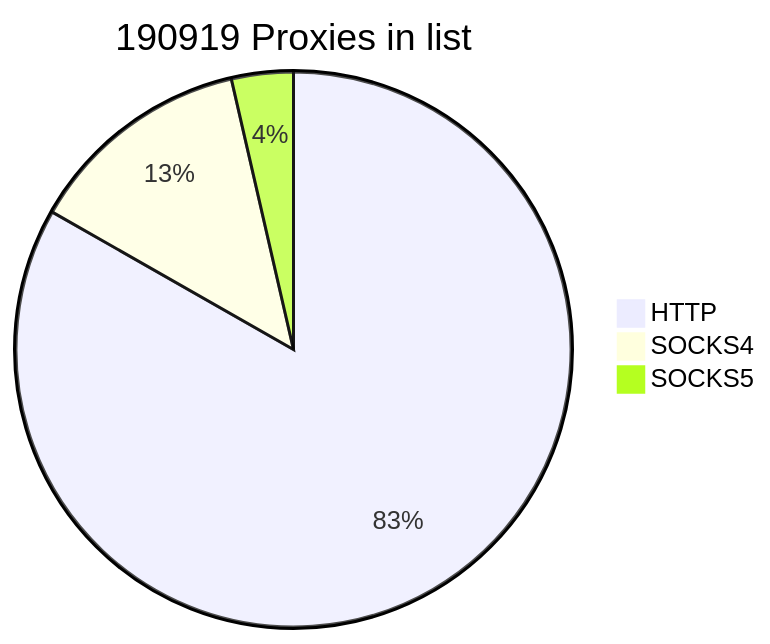
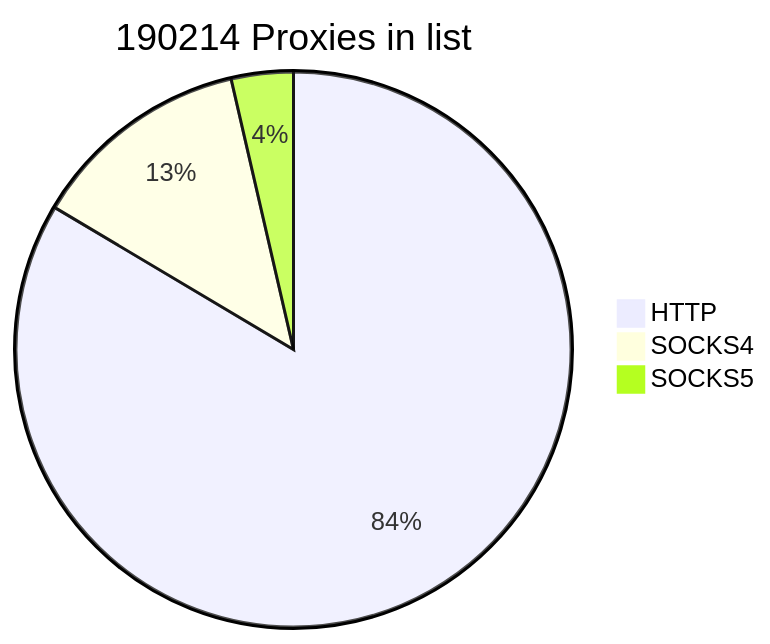
Before and after one commit to cutipu/proxylist: the first of 2 diagrams in README.md, drawn with Mermaid. The commit also changed other lines of this file, not shown here.

````diff
--- a/README.md
+++ b/README.md
@@ -2,7 +2,7 @@
 ```mermaid
-pie title 190919 Proxies in list
-    "HTTP" : 158928
-    "SOCKS4" : 25130
-    "SOCKS5" : 6861
+pie title 190214 Proxies in list
+    "HTTP" : 158903
+    "SOCKS4" : 24451
+    "SOCKS5" : 6860
             
 ```
````
